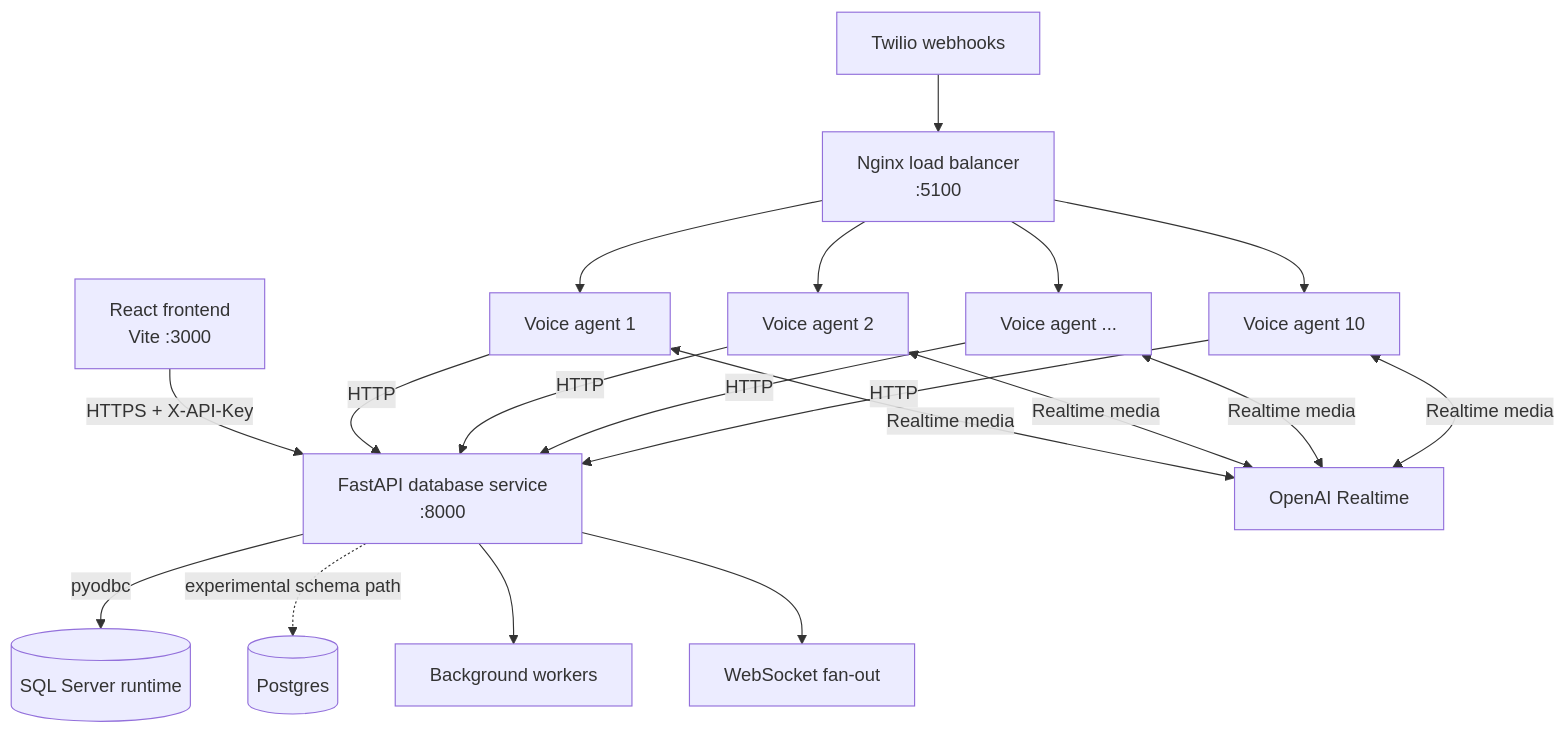
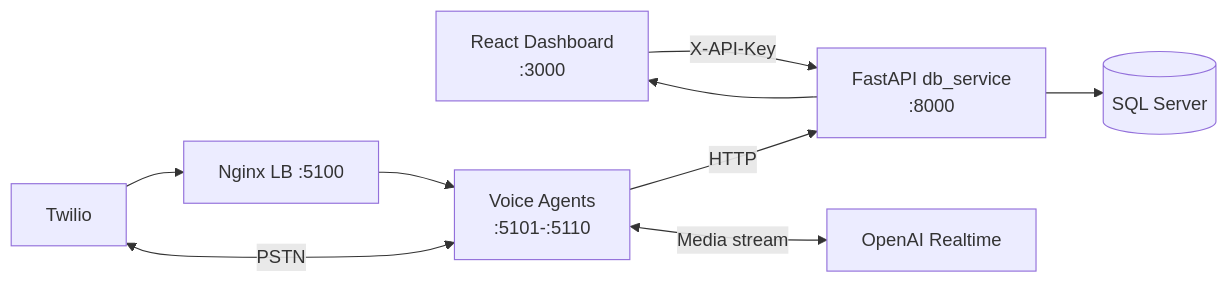
Before and after one commit to bittoby/Outvox: the diagram in README.md, drawn with Mermaid. The commit also changed other lines of this file and 18 other files, not shown here.

````diff
--- a/README.md
+++ b/README.md
@@ -66,21 +227,18 @@
 ```mermaid
-flowchart TD
-    FE[React frontend<br/>Vite :3000] -->|HTTPS + X-API-Key| DB[FastAPI database service<br/>:8000]
-    DB -->|pyodbc| MSSQL[(SQL Server runtime)]
-    DB -. experimental schema path .-> PG[(Postgres)]
-    DB --> Workers[Background workers]
-    DB --> WS[WebSocket fan-out]
-    Twilio[Twilio webhooks] --> Nginx[Nginx load balancer<br/>:5100]
-    Nginx --> A1[Voice agent 1]
-    Nginx --> A2[Voice agent 2]
-    Nginx --> A3[Voice agent ...]
-    Nginx --> A10[Voice agent 10]
-    A1 -->|HTTP| DB
-    A2 -->|HTTP| DB
-    A3 -->|HTTP| DB
-    A10 -->|HTTP| DB
-    A1 <-->|Realtime media| OpenAI[OpenAI Realtime]
-    A2 <-->|Realtime media| OpenAI
-    A3 <-->|Realtime media| OpenAI
-    A10 <-->|Realtime media| OpenAI
+flowchart LR
+    FE[React Dashboard<br/>:3000]
+    DB[FastAPI db_service<br/>:8000]
+    DBData[(SQL Server)]
+    Nginx[Nginx LB :5100]
+    Agents[Voice Agents<br/>:5101-:5110]
+    Twilio[Twilio]
+    OpenAI[OpenAI Realtime]
+
+    FE -->|X-API-Key| DB
+    DB --> DBData
+    DB --> FE
+    Twilio --> Nginx --> Agents
+    Agents -->|HTTP| DB
+    Agents <-->|Media stream| OpenAI
+    Twilio <-->|PSTN| Agents
 ```
````
